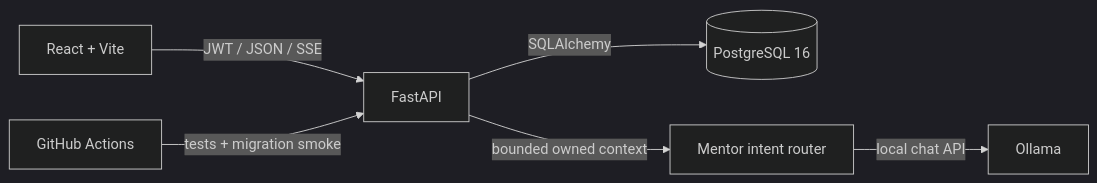
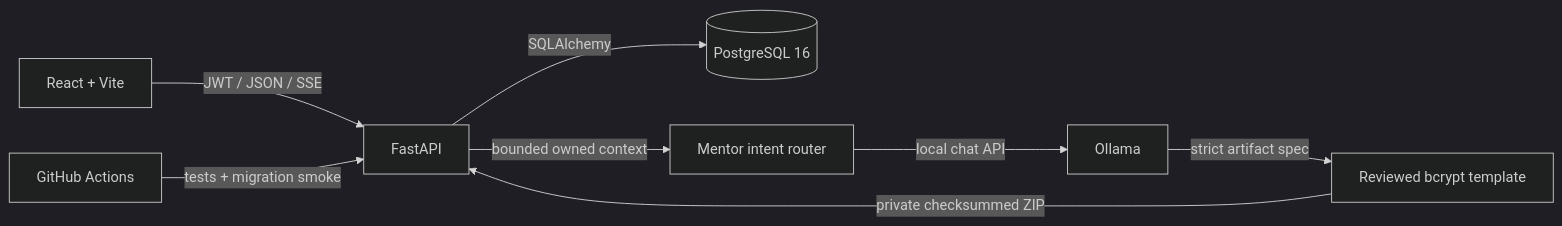
The diagram in README.md (worhels/CyberLab-Tracker), drawn with Mermaid (dark theme) before and after one commit. The commit also changed other lines of this file and 29 other files, not shown here.

Commit message:
feat(mentor): add reviewed artifact workflow

````diff
--- a/README.md
+++ b/README.md
@@ -120,8 +138,10 @@
 ```mermaid
 flowchart LR
     Browser["React + Vite"] -->|"JWT / JSON / SSE"| API["FastAPI"]
     API -->|"SQLAlchemy"| DB[("PostgreSQL 16")]
     API -->|"bounded owned context"| Mentor["Mentor intent router"]
     Mentor -->|"local chat API"| Ollama["Ollama"]
+    Ollama -->|"strict artifact spec"| Renderer["Reviewed bcrypt template"]
+    Renderer -->|"private checksummed ZIP"| API
     Actions["GitHub Actions"] -->|"tests + migration smoke"| API
 ```
````
